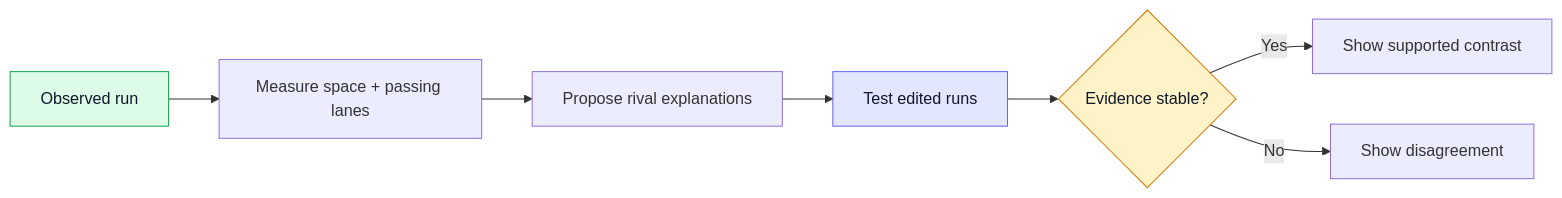
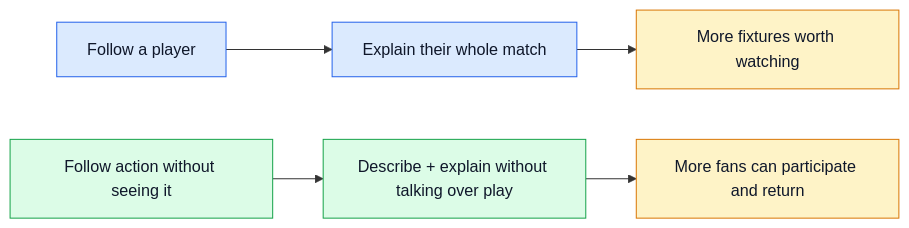
The first of 3 diagrams in research/ideas/README.md (taka6745/insidethegame), drawn with Mermaid before and after one commit. The commit also changed other lines of this file and 6 other files, not shown here.

````diff
--- a/research/ideas/README.md
+++ b/research/ideas/README.md
@@ -38,12 +7,11 @@
 ```mermaid
 flowchart LR
-  O[Observed run] --> G[Measure space + passing lanes]
-  G --> H[Propose rival explanations]
-  H --> X[Test edited runs]
-  X --> V{Evidence stable?}
-  V -->|Yes| C[Show supported contrast]
-  V -->|No| D[Show disagreement]
-  style O fill:#dcfce7,stroke:#16a34a,color:#0f172a
-  style X fill:#e0e7ff,stroke:#6366f1,color:#0f172a
+  P[Follow a player] --> C[Explain their whole match] --> V[More fixtures worth watching]
+  A[Follow action without seeing it] --> D[Describe + explain without talking over play] --> R[More fans can participate and return]
+  style P fill:#dbeafe,stroke:#2563eb,color:#0f172a
+  style C fill:#dbeafe,stroke:#2563eb,color:#0f172a
+  style A fill:#dcfce7,stroke:#16a34a,color:#0f172a
+  style D fill:#dcfce7,stroke:#16a34a,color:#0f172a
   style V fill:#fef3c7,stroke:#d97706,color:#0f172a
+  style R fill:#fef3c7,stroke:#d97706,color:#0f172a
 ```
````
